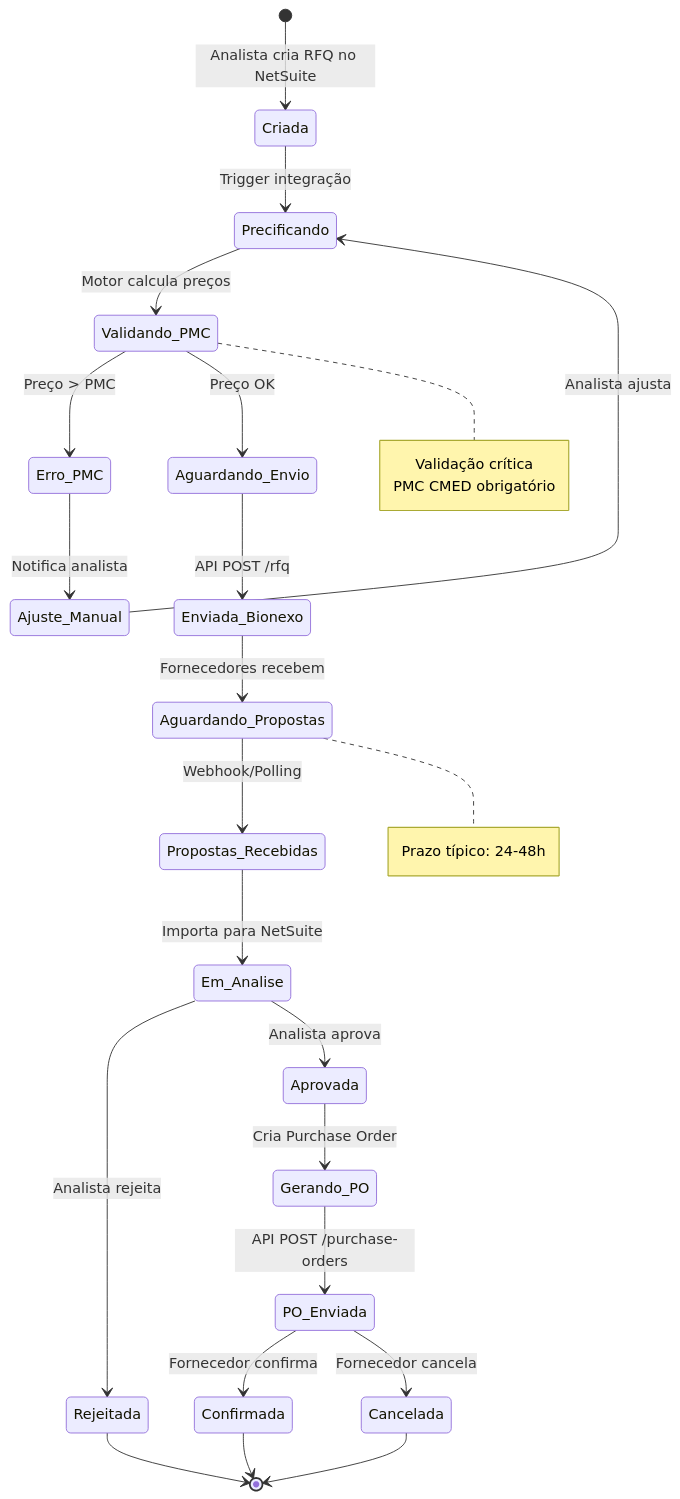
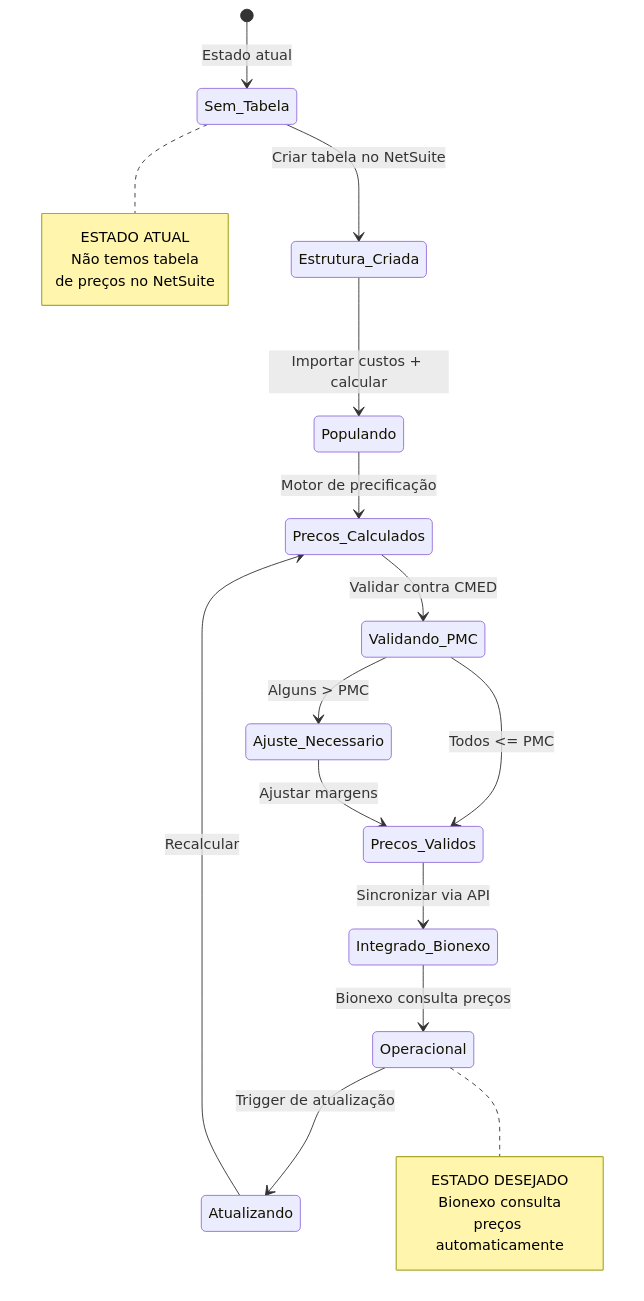
The ninth of 12 diagrams in integrations/bionexo-netsuite/docs/05-DIAGRAMAS-FLUXOS.md (sejodrope/Amoveri-Farma), drawn with Mermaid before and after one commit. The commit also changed other lines of this file and 56 other files, not shown here.

````diff
--- a/integrations/bionexo-netsuite/docs/05-DIAGRAMAS-FLUXOS.md
+++ b/integrations/bionexo-netsuite/docs/05-DIAGRAMAS-FLUXOS.md
@@ -370,41 +593,33 @@
 ```mermaid
 stateDiagram-v2
-    [*] --> Criada: Analista cria RFQ no NetSuite
+    [*] --> Sem_Tabela: Estado atual
 
-    Criada --> Precificando: Trigger integração
-    Precificando --> Validando_PMC: Motor calcula preços
+    Sem_Tabela --> Estrutura_Criada: Criar tabela no NetSuite
+    Estrutura_Criada --> Populando: Importar custos + calcular
 
-    Validando_PMC --> Erro_PMC: Preço > PMC
-    Validando_PMC --> Aguardando_Envio: Preço OK
+    Populando --> Precos_Calculados: Motor de precificação
+    Precos_Calculados --> Validando_PMC: Validar contra CMED
 
-    Erro_PMC --> Ajuste_Manual: Notifica analista
-    Ajuste_Manual --> Precificando: Analista ajusta
+    Validando_PMC --> Precos_Validos: Todos <= PMC
+    Validando_PMC --> Ajuste_Necessario: Alguns > PMC
 
-    Aguardando_Envio --> Enviada_Bionexo: API POST /rfq
-    Enviada_Bionexo --> Aguardando_Propostas: Fornecedores recebem
+    Ajuste_Necessario --> Precos_Validos: Ajustar margens
 
-    Aguardando_Propostas --> Propostas_Recebidas: Webhook/Polling
-    Propostas_Recebidas --> Em_Analise: Importa para NetSuite
+    Precos_Validos --> Integrado_Bionexo: Sincronizar via API
+    Integrado_Bionexo --> Operacional: Bionexo consulta preços
 
-    Em_Analise --> Rejeitada: Analista rejeita
-    Em_Analise --> Aprovada: Analista aprova
+    Operacional --> Atualizando: Trigger de atualização
+    Atualizando --> Precos_Calculados: Recalcular
 
-    Aprovada --> Gerando_PO: Cria Purchase Order
-    Gerando_PO --> PO_Enviada: API POST /purchase-orders
-
-    PO_Enviada --> Confirmada: Fornecedor confirma
-    PO_Enviada --> Cancelada: Fornecedor cancela
-
-    Confirmada --> [*]
-    Rejeitada --> [*]
-    Cancelada --> [*]
-
-    note right of Validando_PMC
-        Validação crítica
-        PMC CMED obrigatório
+    note right of Sem_Tabela
+        ESTADO ATUAL
+        Não temos tabela
+        de preços no NetSuite
     end note
 
-    note right of Aguardando_Propostas
-        Prazo típico: 24-48h
+    note right of Operacional
+        ESTADO DESEJADO
+        Bionexo consulta
+        preços automaticamente
     end note
 ```
````
